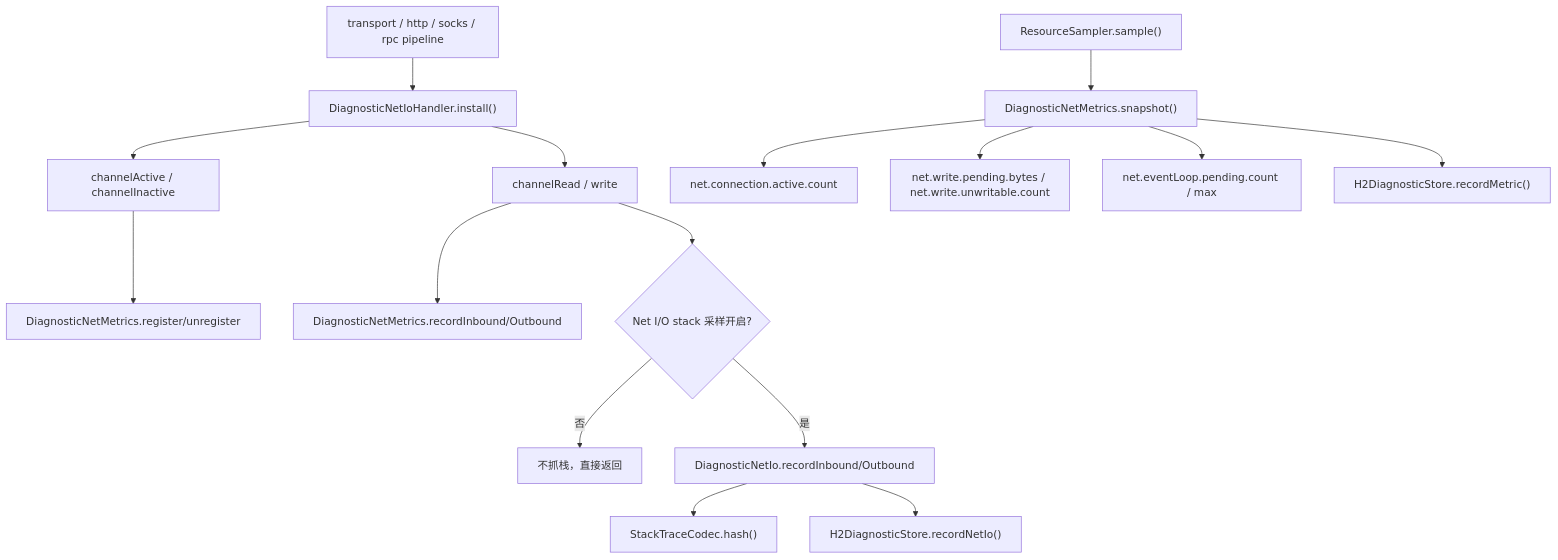
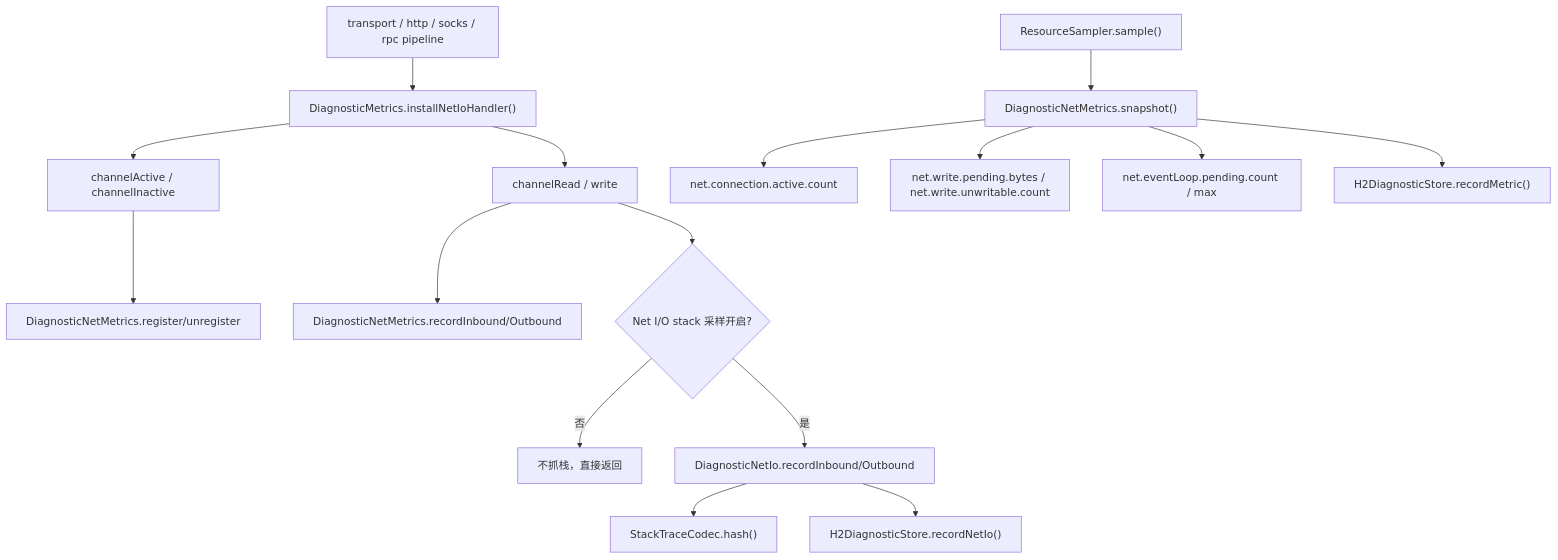
One commit to RockyLOMO/rxlib changed the fourth of 5 diagrams in docs/ProductionStackTraceMonitorPlan.md. Above: the diagram before and after it, drawn with Mermaid. The commit also changed other lines of this file and 12 other files, not shown here.

````diff
--- a/docs/ProductionStackTraceMonitorPlan.md
+++ b/docs/ProductionStackTraceMonitorPlan.md
@@ -313,18 +317,18 @@
 ```mermaid
 flowchart TD
-    A["transport / http / socks / rpc pipeline"] --> B["DiagnosticNetIoHandler.install()"]
+    A["transport / http / socks / rpc pipeline"] --> B["DiagnosticMetrics.installNetIoHandler()"]
     B --> C["channelActive / channelInactive"]
     B --> D["channelRead / write"]
     C --> E["DiagnosticNetMetrics.register/unregister"]
     D --> F["DiagnosticNetMetrics.recordInbound/Outbound"]
     D --> G{"Net I/O stack 采样开启?"}
     G -->|否| H["不抓栈，直接返回"]
     G -->|是| I["DiagnosticNetIo.recordInbound/Outbound"]
     I --> J["StackTraceCodec.hash()"]
     I --> K["H2DiagnosticStore.recordNetIo()"]
     L["ResourceSampler.sample()"] --> M["DiagnosticNetMetrics.snapshot()"]
     M --> N["net.connection.active.count"]
     M --> O["net.write.pending.bytes / net.write.unwritable.count"]
     M --> P["net.eventLoop.pending.count / max"]
     M --> Q["H2DiagnosticStore.recordMetric()"]
 ```
````
